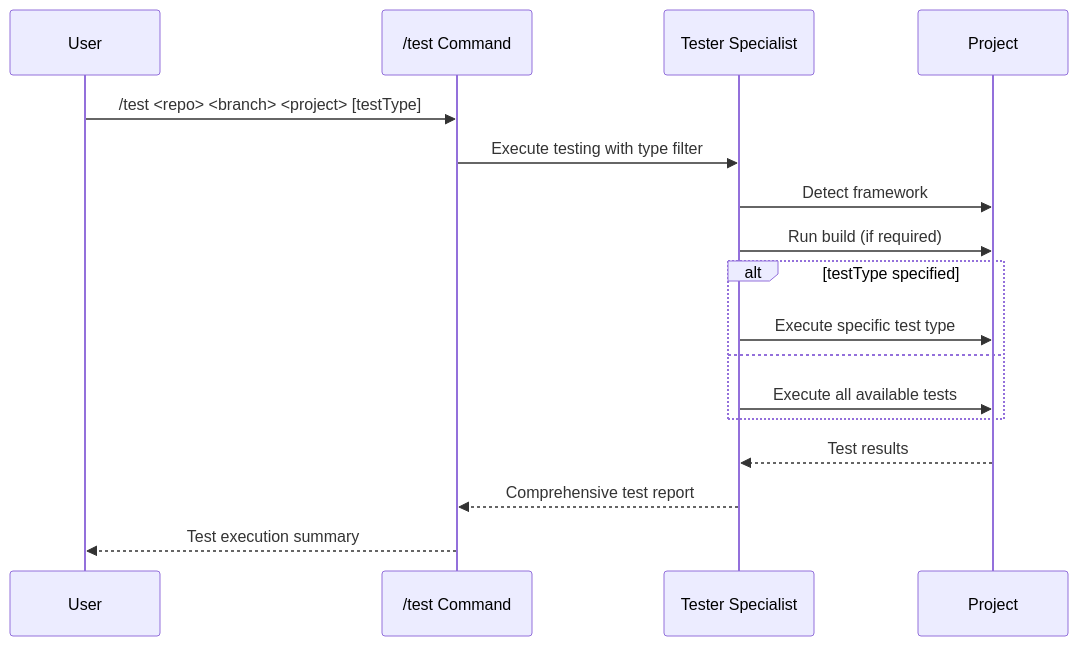
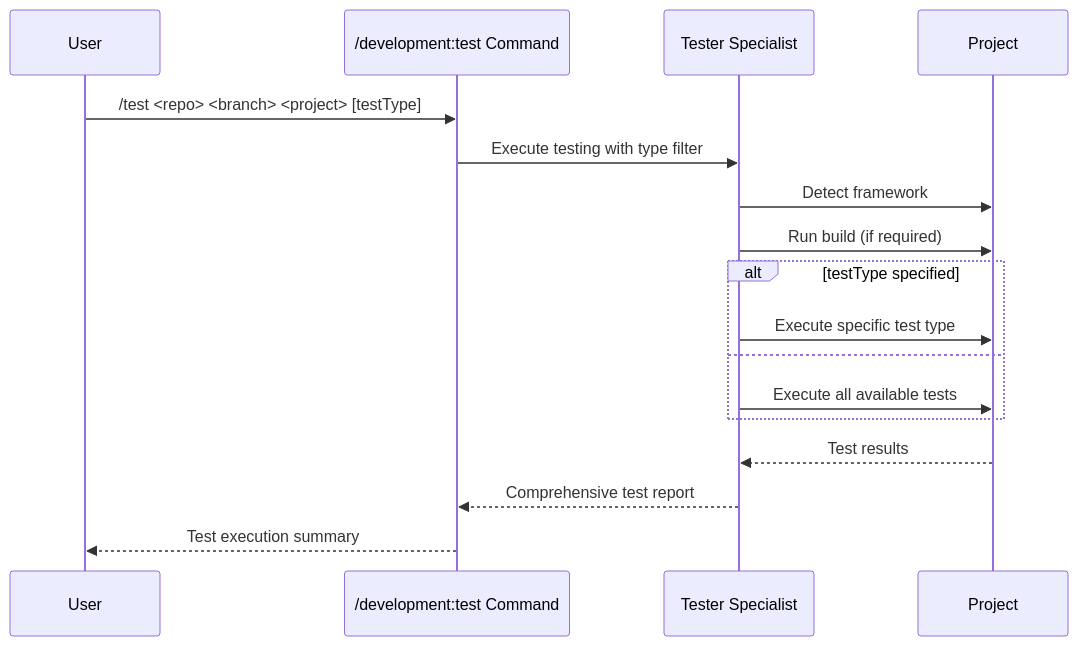
The diagram in .claude/commands/development/test.md (zzaia/zzaia-agentic-workspace), drawn with Mermaid before and after one commit. The commit also changed 9 other files, not shown here.

````diff
--- a/.claude/commands/development/test.md
+++ b/.claude/commands/development/test.md
@@ -71,20 +71,20 @@
 ```mermaid
 sequenceDiagram
     participant U as User
-    participant C as /test Command
+    participant C as /development:test Command
     participant TS as Tester Specialist
     participant P as Project
 
     U->>C: /test <repo> <branch> <project> [testType]
     C->>TS: Execute testing with type filter
     TS->>P: Detect framework
     TS->>P: Run build (if required)
     alt testType specified
         TS->>P: Execute specific test type
     else
         TS->>P: Execute all available tests
     end
     P-->>TS: Test results
     TS-->>C: Comprehensive test report
     C-->>U: Test execution summary
 ```
````
